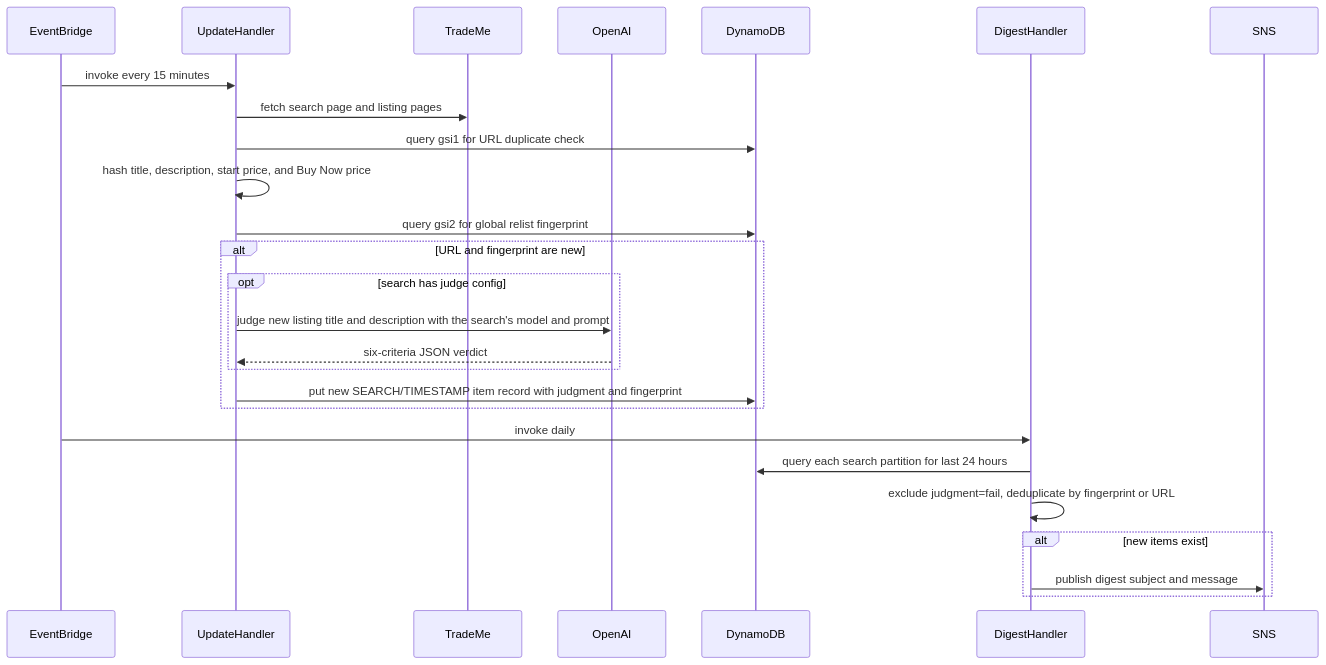
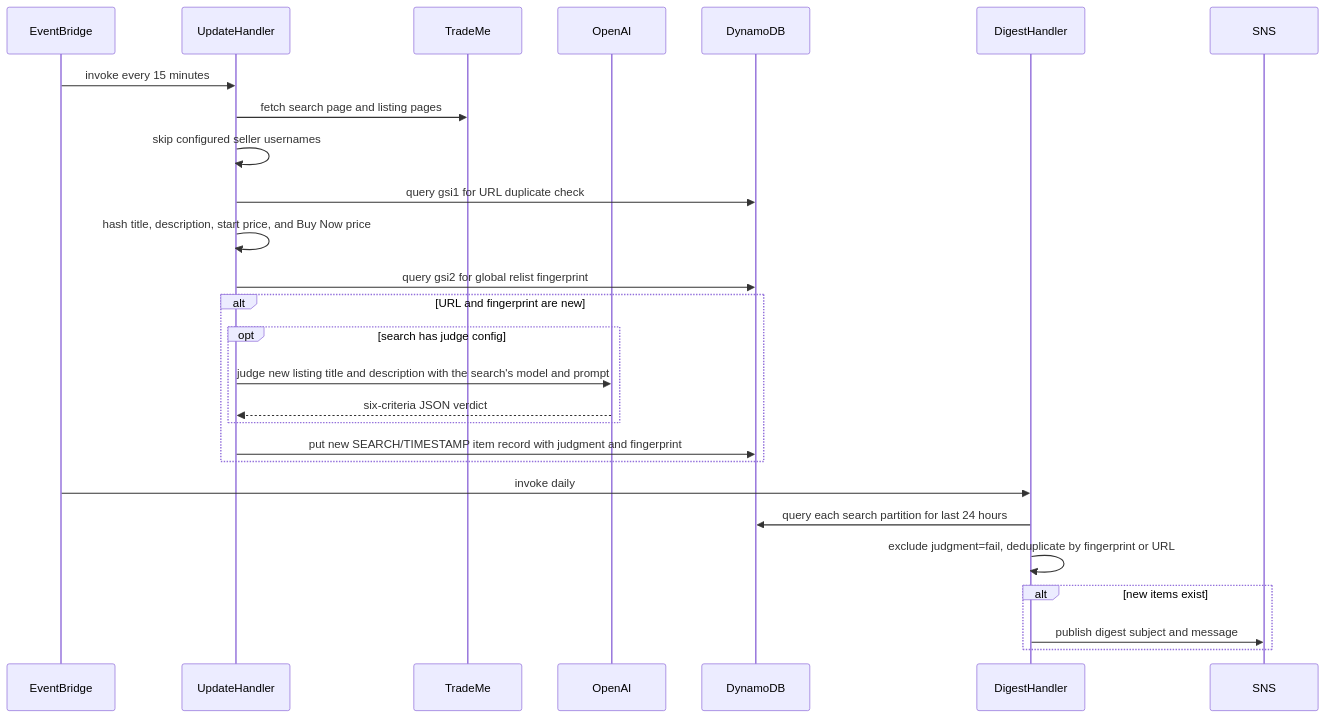
The second of 2 diagrams in auction_tracker_api/README.md (jordansimsmith/jordansimsmith-com), drawn with Mermaid before and after one commit. The commit also changed other lines of this file and 16 other files, not shown here.

````diff
--- a/auction_tracker_api/README.md
+++ b/auction_tracker_api/README.md
@@ -67,29 +71,30 @@
 ```mermaid
 sequenceDiagram
   participant EventBridge
   participant UpdateHandler
   participant TradeMe
   participant OpenAI
   participant DynamoDB
   participant DigestHandler
   participant SNS
 
   EventBridge->>UpdateHandler: invoke every 15 minutes
   UpdateHandler->>TradeMe: fetch search page and listing pages
+  UpdateHandler->>UpdateHandler: skip configured seller usernames
   UpdateHandler->>DynamoDB: query gsi1 for URL duplicate check
   UpdateHandler->>UpdateHandler: hash title, description, start price, and Buy Now price
   UpdateHandler->>DynamoDB: query gsi2 for global relist fingerprint
   alt URL and fingerprint are new
     opt search has judge config
       UpdateHandler->>OpenAI: judge new listing title and description with the search's model and prompt
       OpenAI-->>UpdateHandler: six-criteria JSON verdict
     end
     UpdateHandler->>DynamoDB: put new SEARCH/TIMESTAMP item record with judgment and fingerprint
   end
   EventBridge->>DigestHandler: invoke daily
   DigestHandler->>DynamoDB: query each search partition for last 24 hours
   DigestHandler->>DigestHandler: exclude judgment=fail, deduplicate by fingerprint or URL
   alt new items exist
     DigestHandler->>SNS: publish digest subject and message
   end
 ```
````
